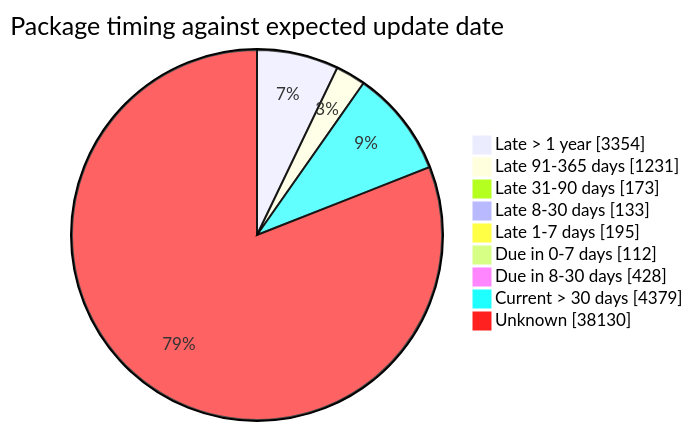
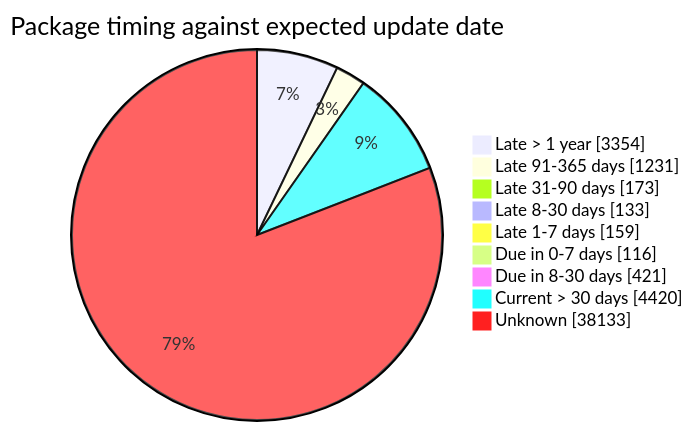
One commit to open-data/analytics-corporate-reporting changed the fourth of 5 diagrams in FreshCheck/README.md. Above: the diagram before and after it, drawn with Mermaid. The commit also changed other lines of this file and 3 other files, not shown here.

````diff
--- a/FreshCheck/README.md
+++ b/FreshCheck/README.md
@@ -86,12 +86,12 @@
 ```mermaid
 pie showData title Package timing against expected update date
     "Late > 1 year": 3354
     "Late 91-365 days": 1231
     "Late 31-90 days": 173
     "Late 8-30 days": 133
-    "Late 1-7 days": 195
-    "Due in 0-7 days": 112
-    "Due in 8-30 days": 428
-    "Current > 30 days": 4379
-    "Unknown": 38130
+    "Late 1-7 days": 159
+    "Due in 0-7 days": 116
+    "Due in 8-30 days": 421
+    "Current > 30 days": 4420
+    "Unknown": 38133
 ```
````
